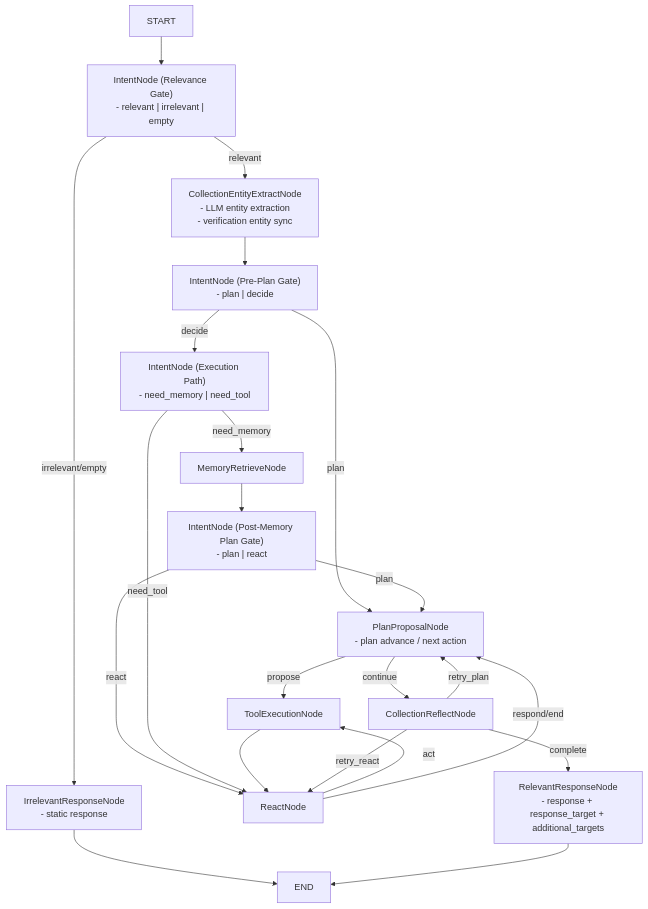
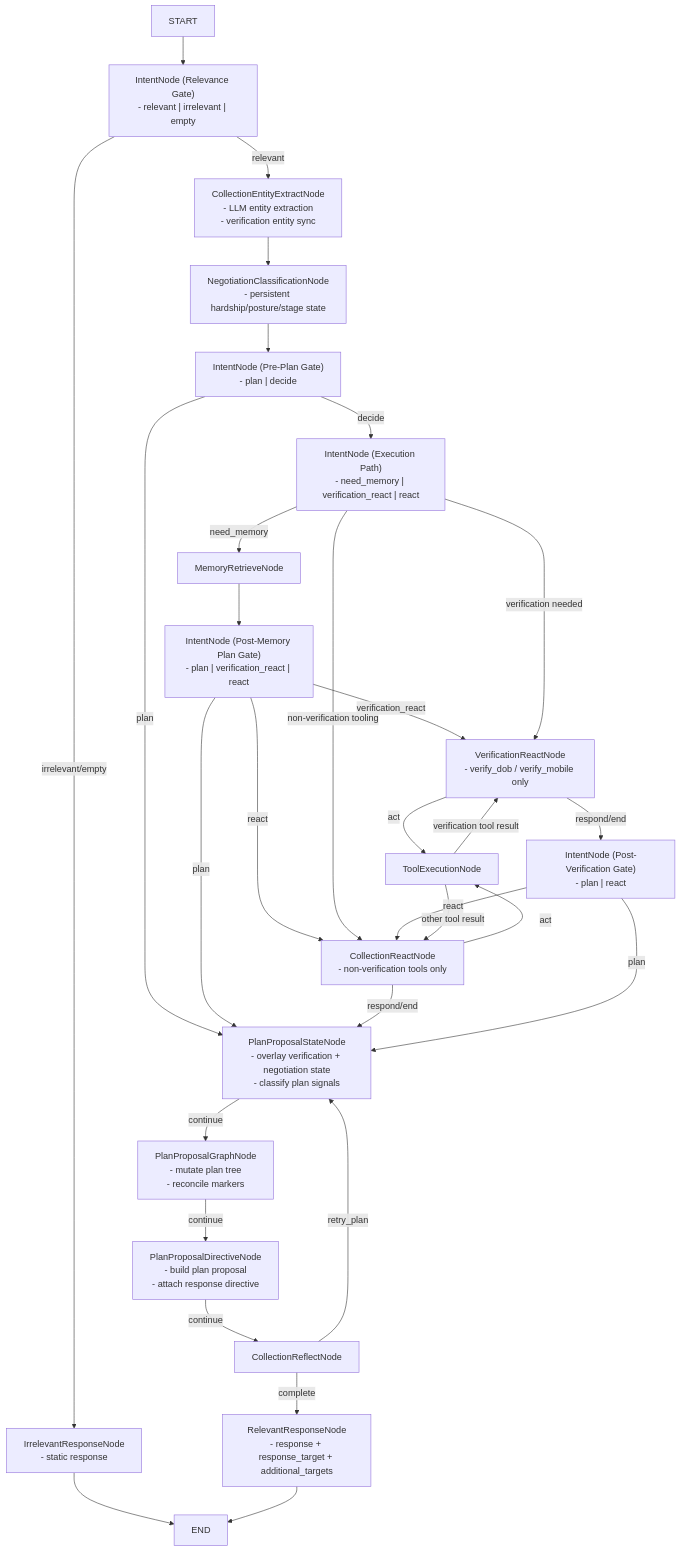
The diagram in agents/collection_agent/README.md (deep-saket/openclaw_agents), drawn with Mermaid before and after one commit. The commit also changed other lines of this file and 43 other files, not shown here.

````diff
--- a/agents/collection_agent/README.md
+++ b/agents/collection_agent/README.md
@@ -213,29 +237,40 @@
 ```mermaid
 flowchart TD
   Start["START"] --> IN["IntentNode (Relevance Gate)\n- relevant | irrelevant | empty"]
   IN -->|irrelevant/empty| IR["IrrelevantResponseNode\n- static response"]
   IR --> End["END"]
 
   IN -->|relevant| EN["CollectionEntityExtractNode\n- LLM entity extraction\n- verification entity sync"]
-  EN --> PG["IntentNode (Pre-Plan Gate)\n- plan | decide"]
-  PG -->|plan| PP["PlanProposalNode\n- plan advance / next action"]
-  PG -->|decide| XP["IntentNode (Execution Path)\n- need_memory | need_tool"]
+  EN --> NC["NegotiationClassificationNode\n- persistent hardship/posture/stage state"]
+  NC --> PG["IntentNode (Pre-Plan Gate)\n- plan | decide"]
+  PG -->|plan| PS["PlanProposalStateNode\n- overlay verification + negotiation state\n- classify plan signals"]
+  PG -->|decide| XP["IntentNode (Execution Path)\n- need_memory | verification_react | react"]
 
   XP -->|need_memory| MR["MemoryRetrieveNode"]
-  MR --> PM["IntentNode (Post-Memory Plan Gate)\n- plan | react"]
-  PM -->|plan| PP
-  PM -->|react| RN["ReactNode"]
+  MR --> PM["IntentNode (Post-Memory Plan Gate)\n- plan | verification_react | react"]
+  PM -->|plan| PS
+  PM -->|verification_react| VR["VerificationReactNode\n- verify_dob / verify_mobile only"]
+  PM -->|react| RN["CollectionReactNode\n- non-verification tools only"]
 
-  XP -->|need_tool| RN
+  XP -->|verification needed| VR
+  XP -->|non-verification tooling| RN
+
   RN -->|act| TE["ToolExecutionNode"]
-  TE --> RN
-  RN -->|respond/end| PP
+  RN -->|respond/end| PS
 
-  PP -->|propose| TE
-  PP -->|continue| RF["CollectionReflectNode"]
+  VR -->|act| TE
+  VR -->|respond/end| PVI["IntentNode (Post-Verification Gate)\n- plan | react"]
+  PVI -->|plan| PS
+  PVI -->|react| RN
 
-  RF -->|retry_react| RN
-  RF -->|retry_plan| PP
+  TE -->|verification tool result| VR
+  TE -->|other tool result| RN
+
+  PS -->|continue| PGN["PlanProposalGraphNode\n- mutate plan tree\n- reconcile markers"]
+  PGN -->|continue| PD["PlanProposalDirectiveNode\n- build plan proposal\n- attach response directive"]
+  PD -->|continue| RF["CollectionReflectNode"]
+
+  RF -->|retry_plan| PS
   RF -->|complete| RR["RelevantResponseNode\n- response + response_target + additional_targets"]
   RR --> End
 ```
````
